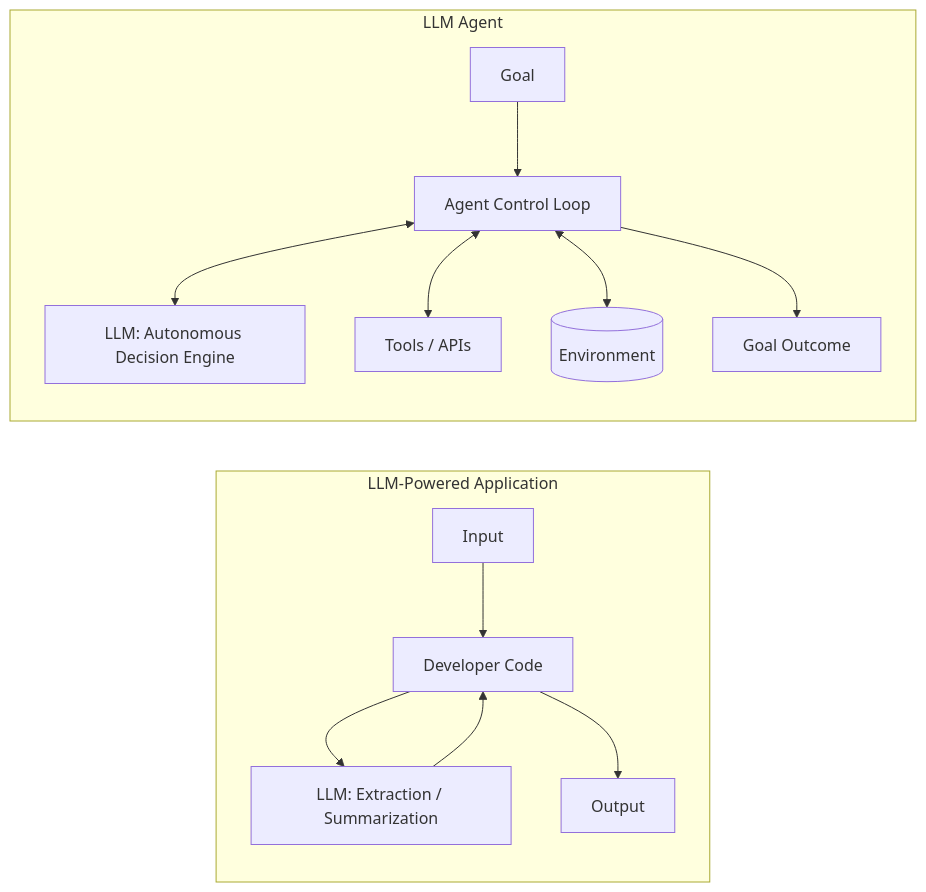
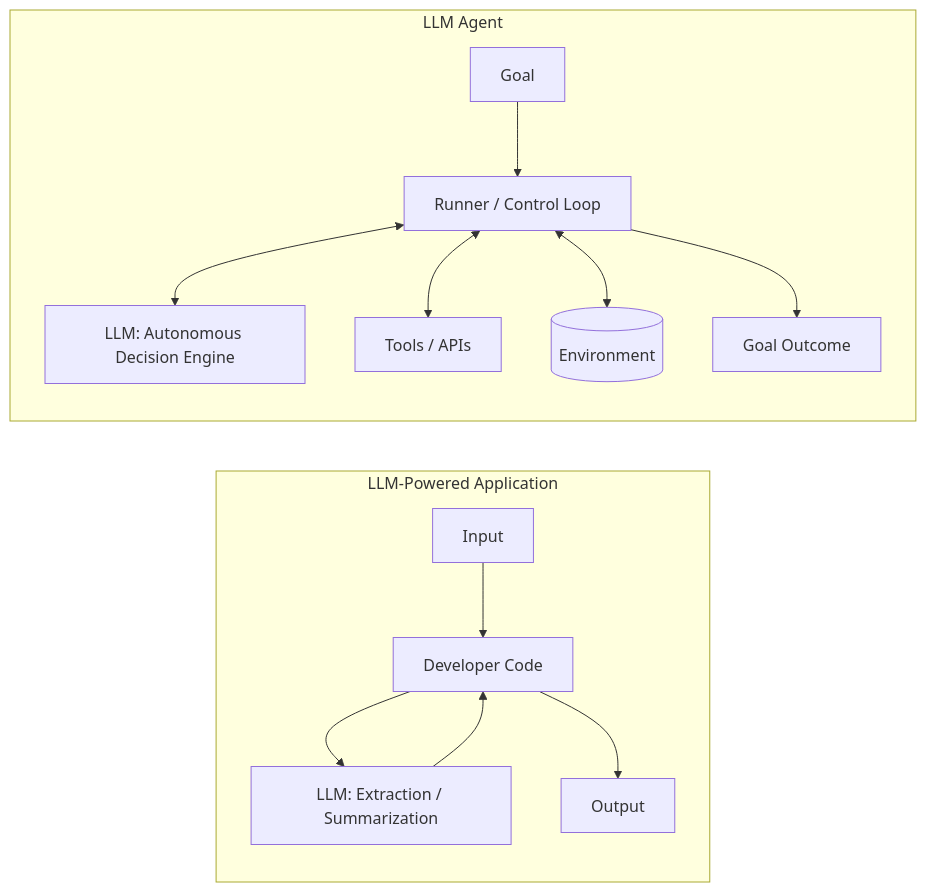
The second of 6 diagrams in module-01-agentic-ai-foundations/content/02-anatomy-of-an-agent-and-state.md (sivaskm/agentic-ai-engineering), drawn with Mermaid before and after one commit. The commit also changed other lines of this file, not shown here.

````diff
--- a/module-01-agentic-ai-foundations/content/02-anatomy-of-an-agent-and-state.md
+++ b/module-01-agentic-ai-foundations/content/02-anatomy-of-an-agent-and-state.md
@@ -62,17 +62,17 @@
 ```mermaid
 flowchart LR
     subgraph LLMApp ["LLM-Powered Application"]
         In1[Input] --> Code1[Developer Code]
         Code1 --> LLM1[LLM: Extraction / Summarization]
         LLM1 --> Code1
         Code1 --> Out1[Output]
     end
 
     subgraph LLMAgent ["LLM Agent"]
-        In2[Goal] --> Loop[Agent Control Loop]
-        Loop <--> Model[LLM: Autonomous Decision Engine]
-        Loop <--> Tools[Tools / APIs]
-        Loop <--> Env[(Environment)]
-        Loop --> Out2[Goal Outcome]
+        In2[Goal] --> Runner[Runner / Control Loop]
+        Runner <--> Model[LLM: Autonomous Decision Engine]
+        Runner <--> Tools[Tools / APIs]
+        Runner <--> Env[(Environment)]
+        Runner --> Out2[Goal Outcome]
     end
 ```
````
